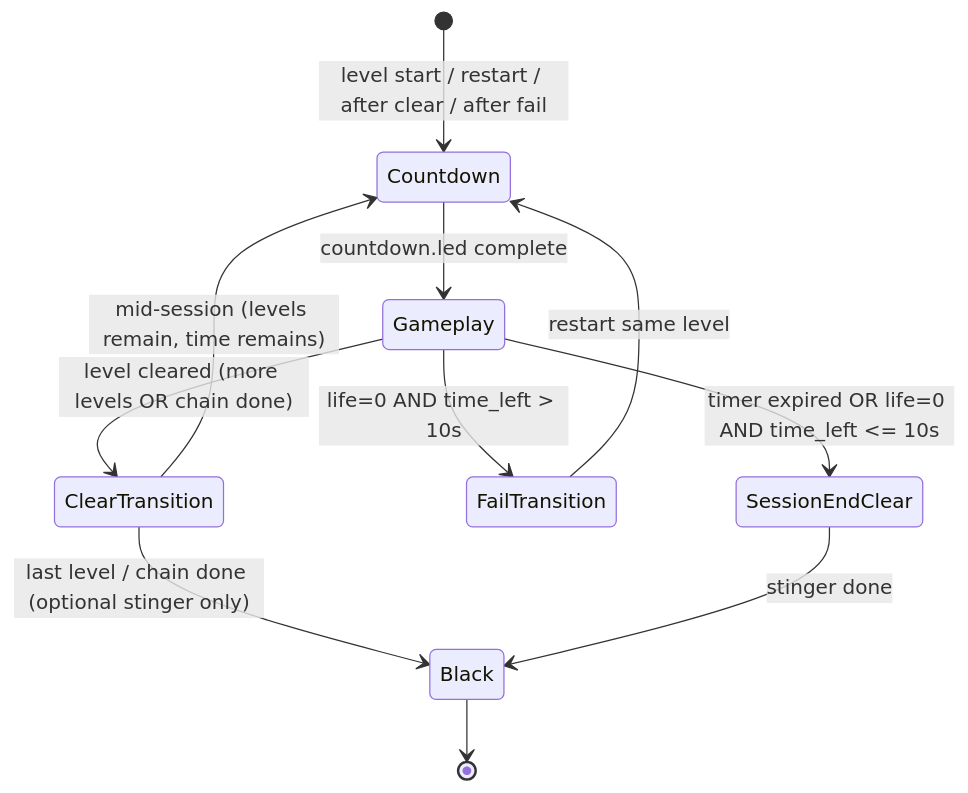
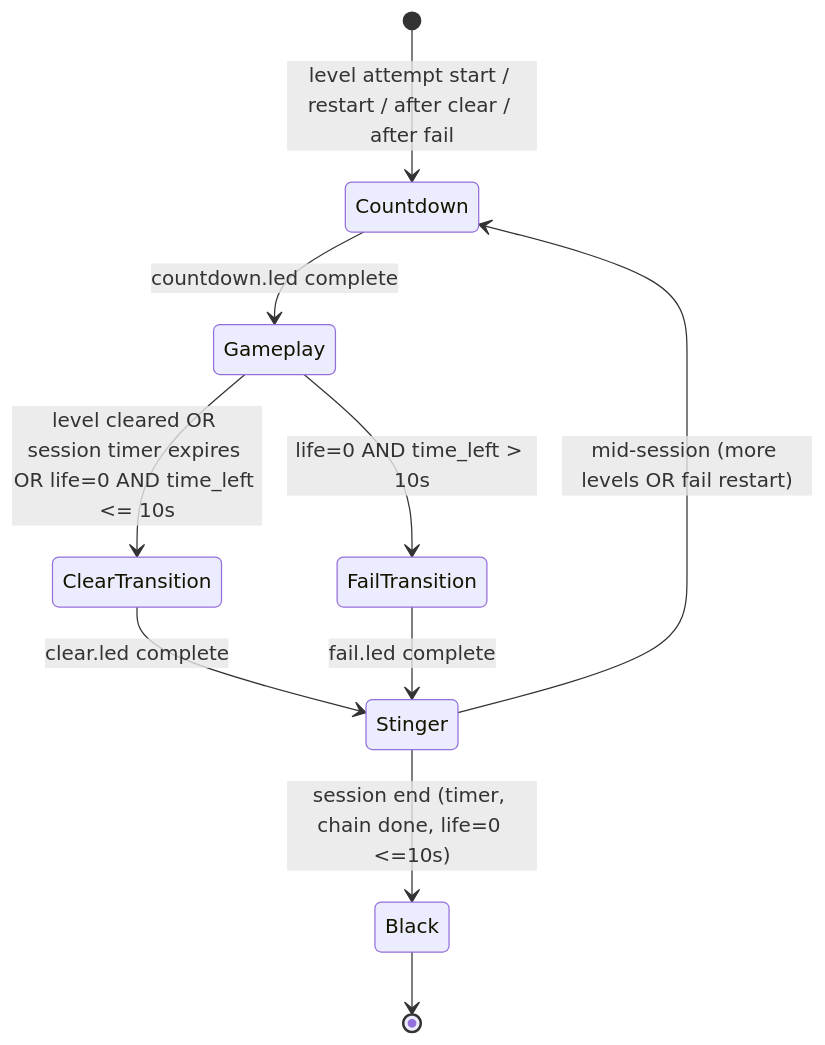
The diagram in docs/EFFECTS_IMPLEMENTATION_PLAN.md (LedVerseGameSimulators/led-laser), drawn with Mermaid before and after one commit. The commit also changed other lines of this file, not shown here.

Commit message:
refine Laser effects plan after review.

````diff
--- a/docs/EFFECTS_IMPLEMENTATION_PLAN.md
+++ b/docs/EFFECTS_IMPLEMENTATION_PLAN.md
@@ -87,13 +131,12 @@
 ```mermaid
 stateDiagram-v2
-    [*] --> Countdown: level start / restart / after clear / after fail
+    [*] --> Countdown: level attempt start / restart / after clear / after fail
     Countdown --> Gameplay: countdown.led complete
-    Gameplay --> ClearTransition: level cleared (more levels OR chain done)
+    Gameplay --> ClearTransition: level cleared OR session timer expires OR life=0 AND time_left <= 10s
     Gameplay --> FailTransition: life=0 AND time_left > 10s
-    Gameplay --> SessionEndClear: timer expired OR life=0 AND time_left <= 10s
-    ClearTransition --> Countdown: mid-session (levels remain, time remains)
-    ClearTransition --> Black: last level / chain done (optional stinger only)
-    FailTransition --> Countdown: restart same level
-    SessionEndClear --> Black: stinger done
+    ClearTransition --> Stinger: clear.led complete
+    FailTransition --> Stinger: fail.led complete
+    Stinger --> Countdown: mid-session (more levels OR fail restart)
+    Stinger --> Black: session end (timer, chain done, life=0 <=10s)
     Black --> [*]
 ```
````
